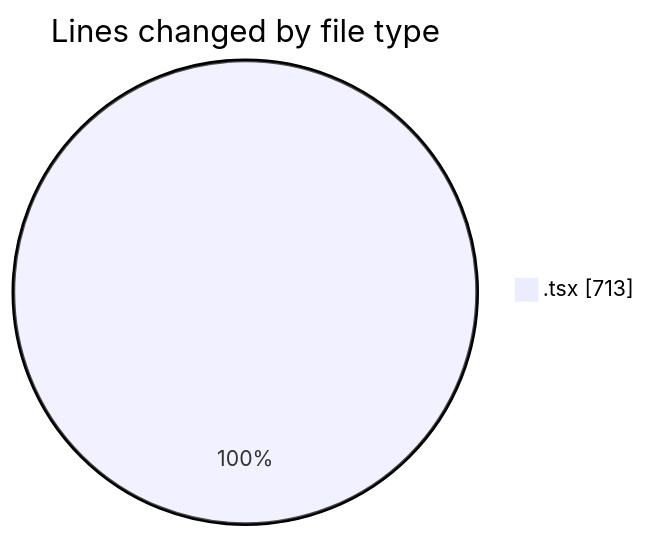
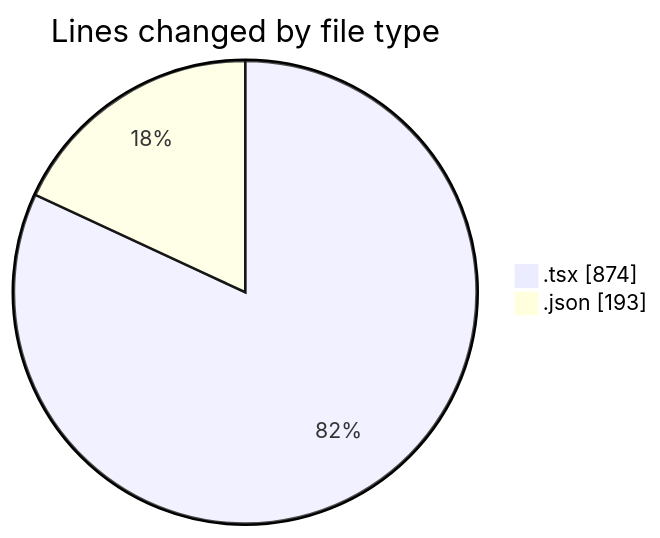
Before and after one commit to Elitesun/code-tracking: the first of 2 diagrams in 2025-05-08/niten/README.md, drawn with Mermaid. The commit also changed other lines of this file and 1 other file, not shown here.

````diff
--- a/2025-05-08/niten/README.md
+++ b/2025-05-08/niten/README.md
@@ -20,5 +25,6 @@
 ```mermaid
 pie showData
 title Lines changed by file type
-".tsx" : 713
+".tsx" : 874
+".json" : 193
 ```
````
